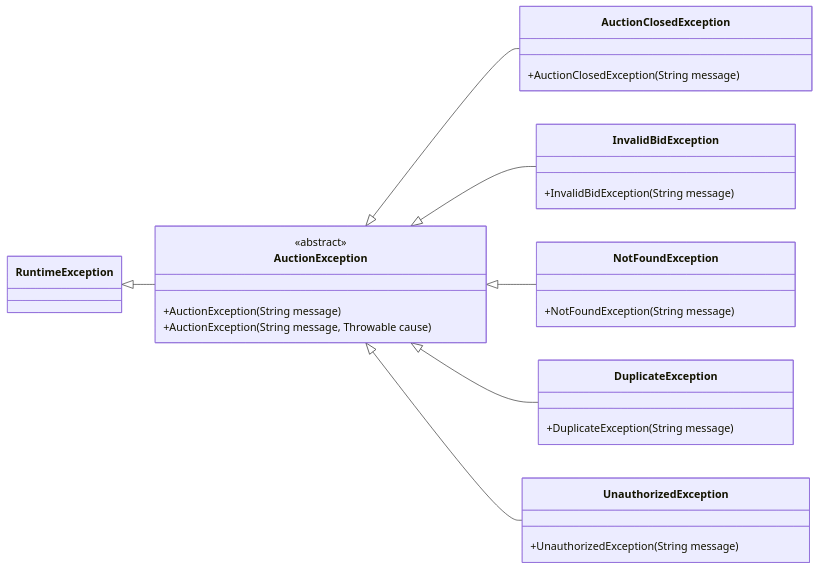
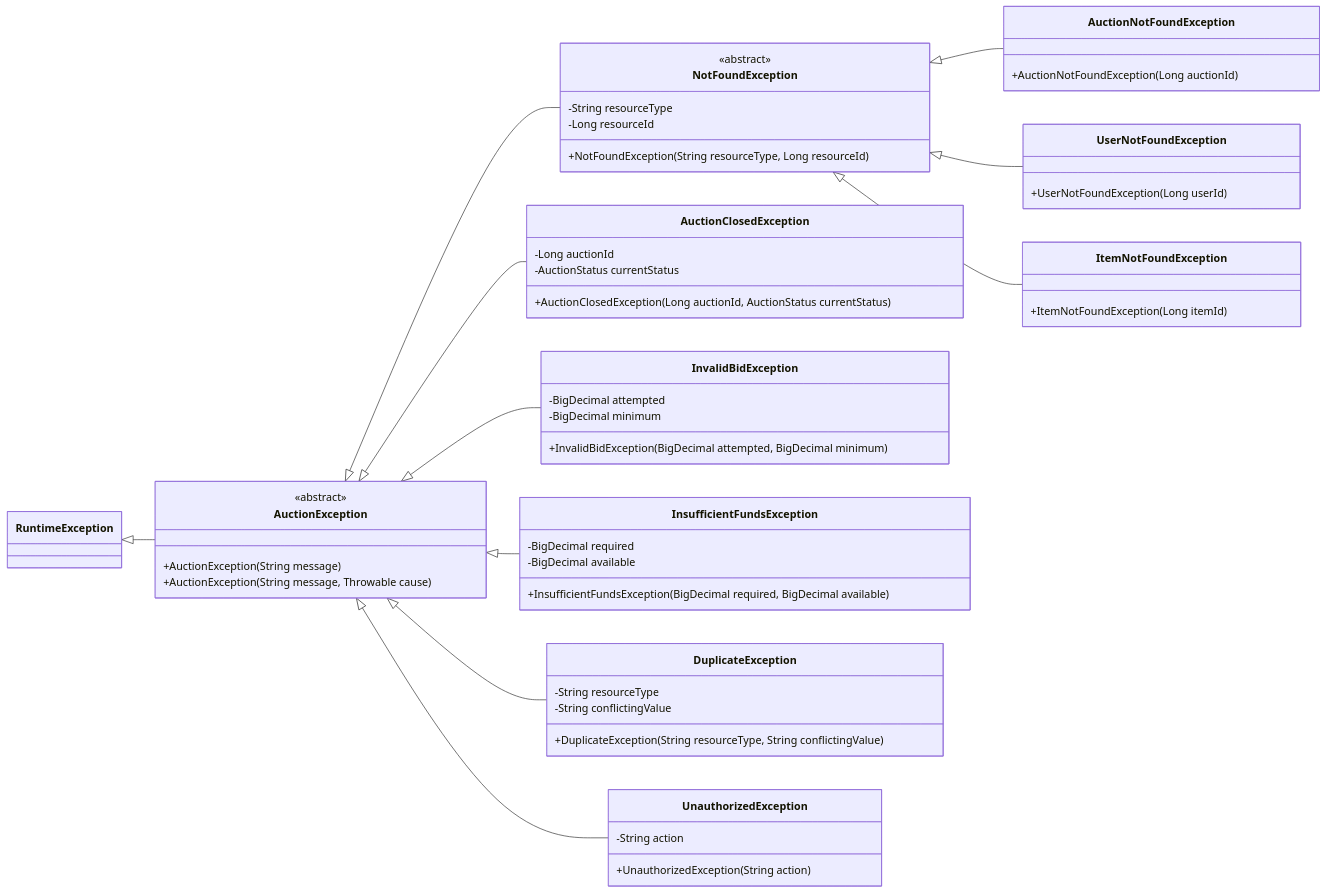
Before and after one commit to kieran-labs/oop-course-project-uet: the second of 5 diagrams in README.md, drawn with Mermaid. The commit also changed other lines of this file, not shown here.

````diff
--- a/README.md
+++ b/README.md
@@ -173,31 +211,64 @@
 ```mermaid
 classDiagram
     direction LR
+
     class RuntimeException
+
     class AuctionException {
         <<abstract>>
         +AuctionException(String message)
         +AuctionException(String message, Throwable cause)
     }
+
+    class NotFoundException {
+        <<abstract>>
+        -String resourceType
+        -Long resourceId
+        +NotFoundException(String resourceType, Long resourceId)
+    }
+    class AuctionNotFoundException {
+        +AuctionNotFoundException(Long auctionId)
+    }
+    class UserNotFoundException {
+        +UserNotFoundException(Long userId)
+    }
+    class ItemNotFoundException {
+        +ItemNotFoundException(Long itemId)
+    }
+
     class AuctionClosedException {
-        +AuctionClosedException(String message)
+        -Long auctionId
+        -AuctionStatus currentStatus
+        +AuctionClosedException(Long auctionId, AuctionStatus currentStatus)
     }
     class InvalidBidException {
-        +InvalidBidException(String message)
+        -BigDecimal attempted
+        -BigDecimal minimum
+        +InvalidBidException(BigDecimal attempted, BigDecimal minimum)
     }
-    class NotFoundException {
-        +NotFoundException(String message)
+    class InsufficientFundsException {
+        -BigDecimal required
+        -BigDecimal available
+        +InsufficientFundsException(BigDecimal required, BigDecimal available)
     }
     class DuplicateException {
-        +DuplicateException(String message)
+        -String resourceType
+        -String conflictingValue
+        +DuplicateException(String resourceType, String conflictingValue)
     }
     class UnauthorizedException {
-        +UnauthorizedException(String message)
+        -String action
+        +UnauthorizedException(String action)
     }
+
     RuntimeException <|-- AuctionException
+    AuctionException <|-- NotFoundException
     AuctionException <|-- AuctionClosedException
     AuctionException <|-- InvalidBidException
-    AuctionException <|-- NotFoundException
+    AuctionException <|-- InsufficientFundsException
     AuctionException <|-- DuplicateException
     AuctionException <|-- UnauthorizedException
+    NotFoundException <|-- AuctionNotFoundException
+    NotFoundException <|-- UserNotFoundException
+    NotFoundException <|-- ItemNotFoundException
 ```
````
